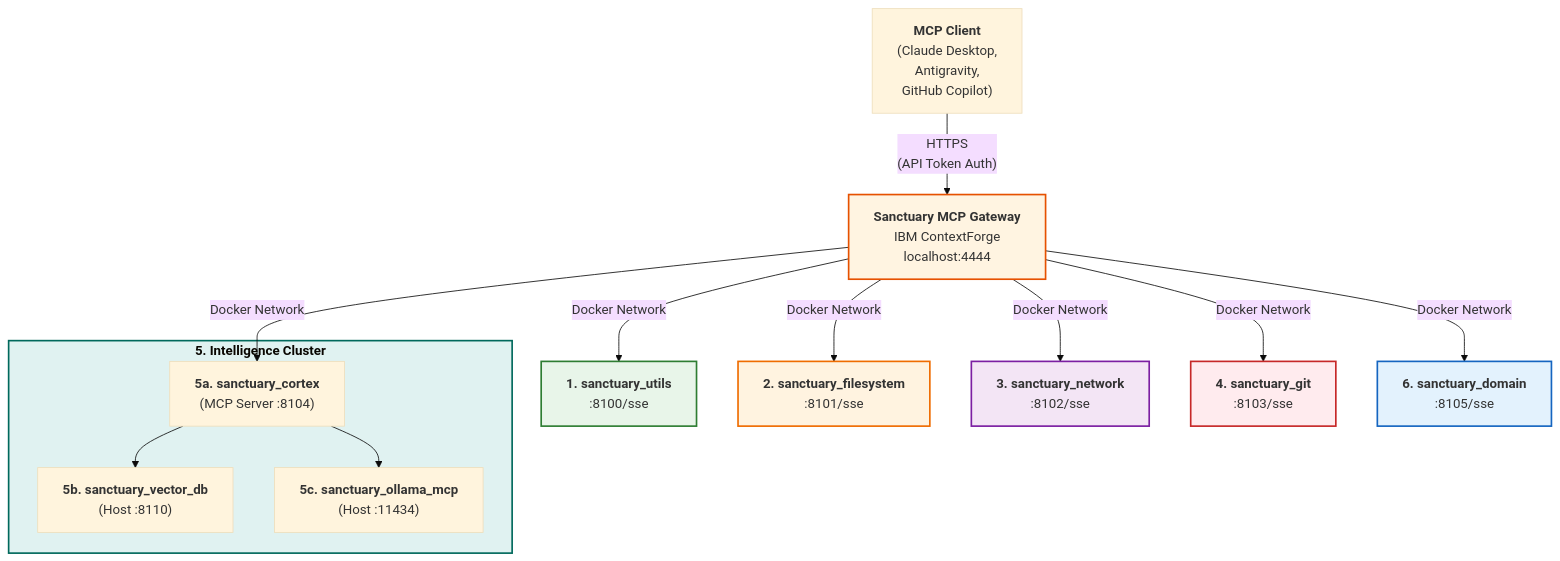
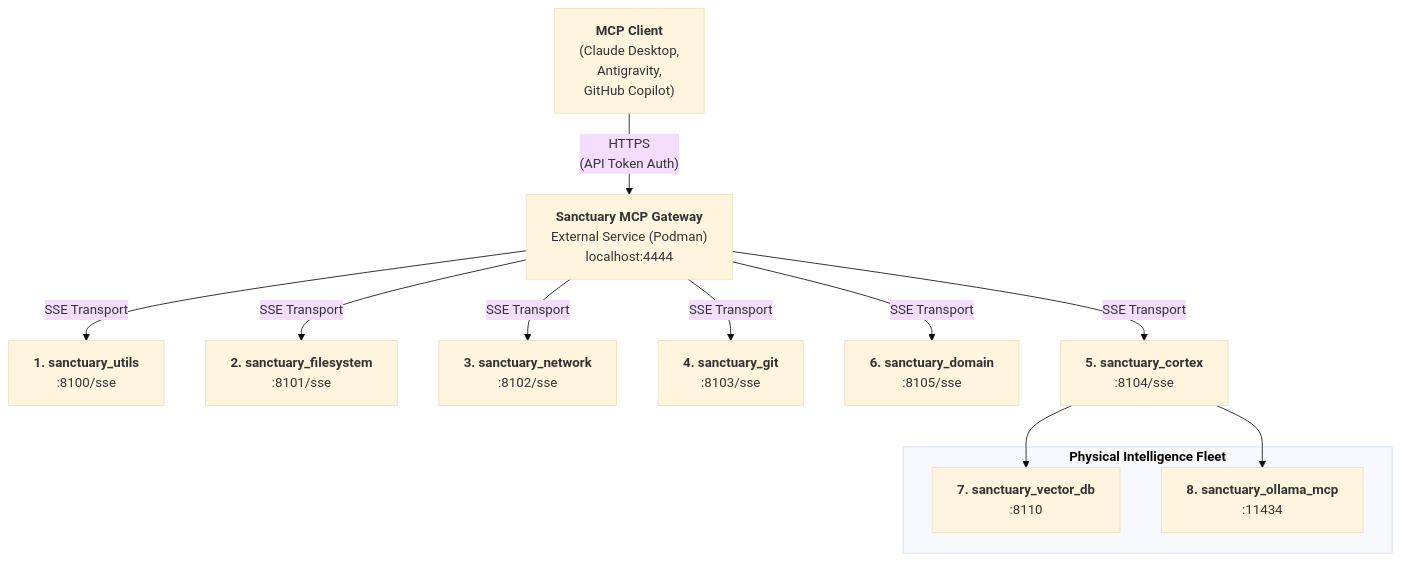
One commit to richfrem/Project_Sanctuary changed the second of 6 diagrams in README.md. Above: the diagram before and after it, drawn with Mermaid. The commit also changed other lines of this file and 3 other files, not shown here.

````diff
--- a/README.md
+++ b/README.md
@@ -119,32 +134,24 @@
 ```mermaid
 ---
 config:
   theme: base
   layout: dagre
 ---
 flowchart TB
-    Client["<b>MCP Client</b><br>(Claude Desktop,<br>Antigravity,<br>GitHub Copilot)"] -- HTTPS<br>(API Token Auth) --> Gateway["<b>Sanctuary MCP Gateway</b><br>IBM ContextForge<br>localhost:4444"]
+    Client["<b>MCP Client</b><br>(Claude Desktop,<br>Antigravity,<br>GitHub Copilot)"] -- HTTPS<br>(API Token Auth) --> Gateway["<b>Sanctuary MCP Gateway</b><br>External Service (Podman)<br>localhost:4444"]
     
-    Gateway -- Docker Network --> Utils["<b>1. sanctuary_utils</b><br>:8100/sse"]
-    Gateway -- Docker Network --> Filesystem["<b>2. sanctuary_filesystem</b><br>:8101/sse"]
-    Gateway -- Docker Network --> Network["<b>3. sanctuary_network</b><br>:8102/sse"]
-    Gateway -- Docker Network --> Git["<b>4. sanctuary_git</b><br>:8103/sse"]
-    Gateway -- Docker Network --> Domain["<b>6. sanctuary_domain</b><br>:8105/sse"]
-    Gateway -- Docker Network --> Cortex
+    Gateway -- SSE Transport --> Utils["<b>1. sanctuary_utils</b><br>:8100/sse"]
+    Gateway -- SSE Transport --> Filesystem["<b>2. sanctuary_filesystem</b><br>:8101/sse"]
+    Gateway -- SSE Transport --> Network["<b>3. sanctuary_network</b><br>:8102/sse"]
+    Gateway -- SSE Transport --> Git["<b>4. sanctuary_git</b><br>:8103/sse"]
+    Gateway -- SSE Transport --> Domain["<b>6. sanctuary_domain</b><br>:8105/sse"]
+    Gateway -- SSE Transport --> Cortex["<b>5. sanctuary_cortex</b><br>:8104/sse"]
     
-    subgraph Intelligence["<b>5. Intelligence Cluster</b>"]
-        Cortex["<b>5a. sanctuary_cortex</b><br>(MCP Server :8104)"]
-        VectorDB["<b>5b. sanctuary_vector_db</b><br>(Host :8110)"]
-        Ollama["<b>5c. sanctuary_ollama_mcp</b><br>(Host :11434)"]
-        Cortex --> VectorDB
-        Cortex --> Ollama
+    subgraph Backends["<b>Physical Intelligence Fleet</b>"]
+        VectorDB["<b>7. sanctuary_vector_db</b><br>:8110"]
+        Ollama["<b>8. sanctuary_ollama_mcp</b><br>:11434"]
     end
 
-    style Gateway fill:#fff4e1,stroke:#e65100,stroke-width:2px
-    style Utils fill:#e8f5e9,stroke:#2e7d32,stroke-width:2px
-    style Filesystem fill:#fff3e0,stroke:#ef6c00,stroke-width:2px
-    style Network fill:#f3e5f5,stroke:#7b1fa2,stroke-width:2px
-    style Git fill:#ffebee,stroke:#c62828,stroke-width:2px
-    style Intelligence fill:#e0f2f1,stroke:#00695c,stroke-width:2px
-    style Domain fill:#e3f2fd,stroke:#1565c0,stroke-width:2px
+    Cortex --> VectorDB
+    Cortex --> Ollama
 ```
````
